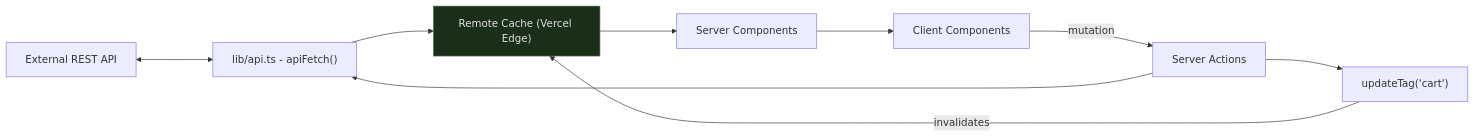
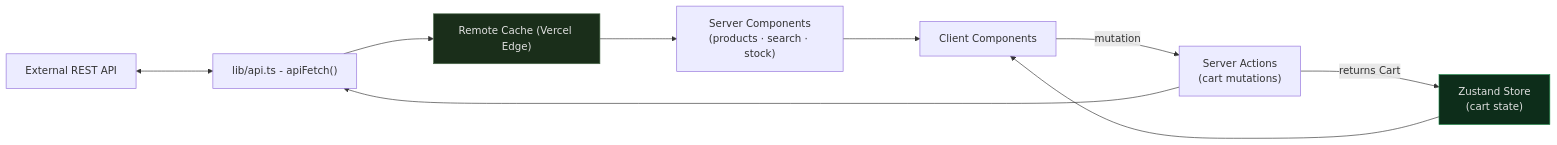
One commit to Uhambi/vercel-swag-store changed the second of 3 diagrams in ARCHITECTURE.md. Above: the diagram before and after it, drawn with Mermaid. The commit also changed other lines of this file and 16 other files, not shown here.

````diff
--- a/ARCHITECTURE.md
+++ b/ARCHITECTURE.md
@@ -121,22 +136,23 @@
 ```mermaid
 %%{init: {'flowchart': {'nodeSpacing': 80, 'rankSpacing': 120}}}%%
 flowchart LR
     API["External REST API"]
     Fetch["lib/api.ts - apiFetch()"]
     Cache["Remote Cache (Vercel Edge)"]
-    SC["Server Components"]
+    SC["Server Components\n(products · search · stock)"]
     CC["Client Components"]
-    SA["Server Actions"]
-    Purge["updateTag('cart')"]
+    SA["Server Actions\n(cart mutations)"]
+    ZS["Zustand Store\n(cart state)"]
 
     API <--> Fetch
     Fetch --> Cache
     Cache --> SC
     SC --> CC
     CC -- "mutation" --> SA
     SA --> Fetch
-    SA --> Purge
-    Purge -- "invalidates" --> Cache
+    SA -- "returns Cart" --> ZS
+    ZS --> CC
 
     style Cache fill:#1a2e1a,stroke:#4a6a4a,color:#e0e0e0
+    style ZS fill:#0d2d1a,stroke:#1e8a4a,color:#e0e0e0
 ```
````
